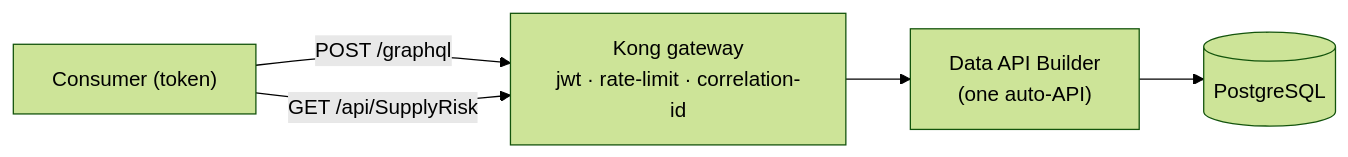
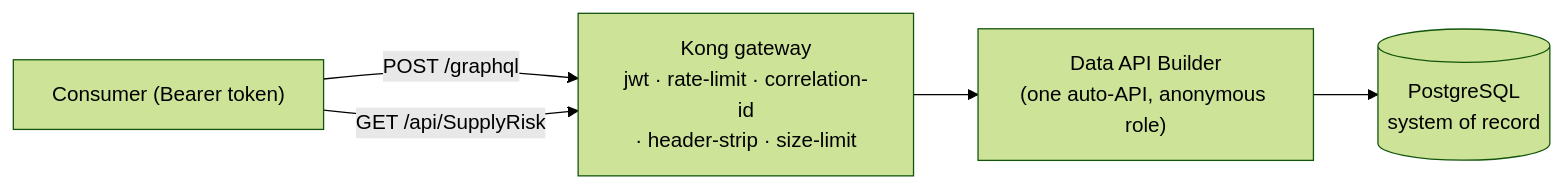
The third of 4 diagrams in docs/GRAPHQL.md (fgarofalo56/nasa-api-first-poc), drawn with Mermaid (forest theme) before and after one commit. The commit also changed other lines of this file and 40 other files, not shown here.

````diff
--- a/docs/GRAPHQL.md
+++ b/docs/GRAPHQL.md
@@ -49,7 +421,7 @@
 ```mermaid
 flowchart LR
-    C["Consumer (token)"] -->|POST /graphql| K["Kong gateway<br/>jwt · rate-limit · correlation-id"]
-    C -->|GET /api/SupplyRisk| K
-    K --> D["Data API Builder<br/>(one auto-API)"]
-    D --> P[("PostgreSQL")]
+    C["Consumer (Bearer token)"] -->|"POST /graphql"| K["Kong gateway<br/>jwt · rate-limit · correlation-id<br/>· header-strip · size-limit"]
+    C -->|"GET /api/SupplyRisk"| K
+    K --> D["Data API Builder<br/>(one auto-API, anonymous role)"]
+    D --> P[("PostgreSQL<br/>system of record")]
 ```
````
